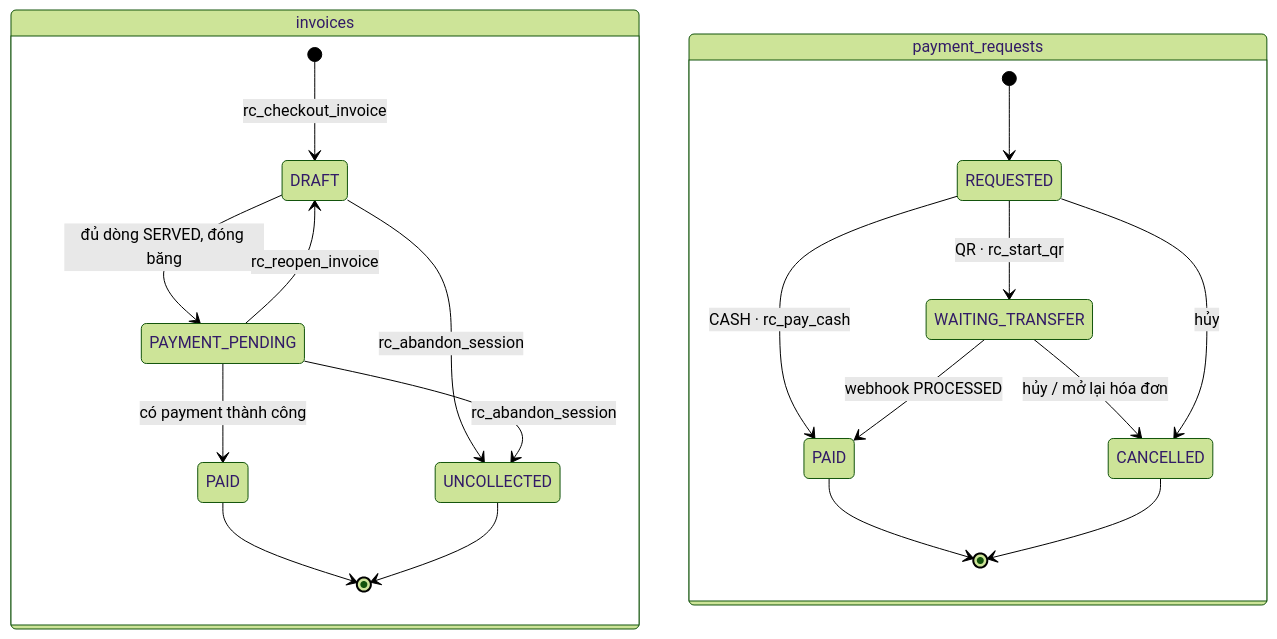
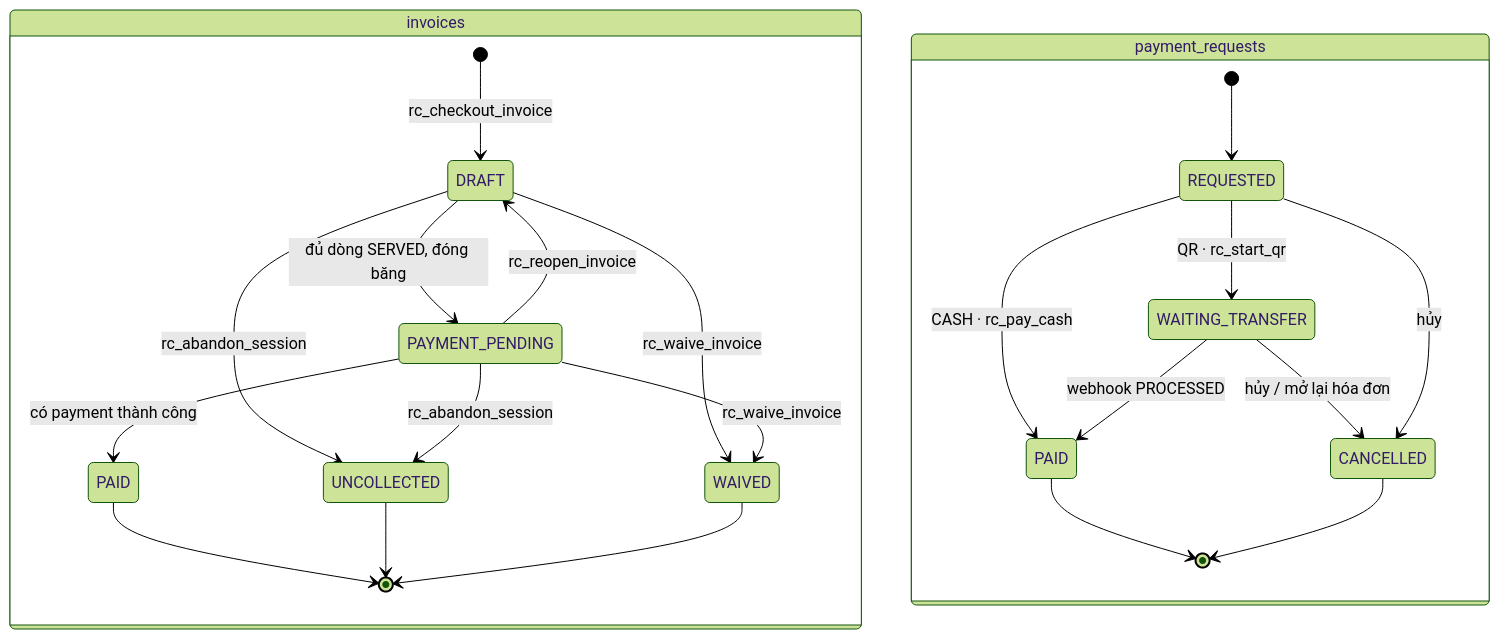
Diagram 13 of 16 in docs/01-luong-chinh.md (Anpham120/restaurant-management-system), drawn with Mermaid (forest theme) before and after one commit. The commit also changed other lines of this file and 17 other files, not shown here.

````diff
--- a/docs/01-luong-chinh.md
+++ b/docs/01-luong-chinh.md
@@ -366,24 +371,27 @@
 ```mermaid
 stateDiagram-v2
     state "invoices" as INV {
         [*] --> DRAFT : rc_checkout_invoice
         DRAFT --> PAYMENT_PENDING : đủ dòng SERVED, đóng băng
         PAYMENT_PENDING --> DRAFT : rc_reopen_invoice
         PAYMENT_PENDING --> PAID : có payment thành công
         DRAFT --> UNCOLLECTED : rc_abandon_session
         PAYMENT_PENDING --> UNCOLLECTED : rc_abandon_session
+        DRAFT --> WAIVED : rc_waive_invoice
+        PAYMENT_PENDING --> WAIVED : rc_waive_invoice
         PAID --> [*]
         UNCOLLECTED --> [*]
+        WAIVED --> [*]
     }
     state "payment_requests" as PR {
         [*] --> REQUESTED
         state "PAID" as PR_PAID
         REQUESTED --> PR_PAID : CASH · rc_pay_cash
         REQUESTED --> WAITING_TRANSFER : QR · rc_start_qr
         WAITING_TRANSFER --> PR_PAID : webhook PROCESSED
         REQUESTED --> CANCELLED : hủy
         WAITING_TRANSFER --> CANCELLED : hủy / mở lại hóa đơn
         PR_PAID --> [*]
         CANCELLED --> [*]
     }
 ```
````
